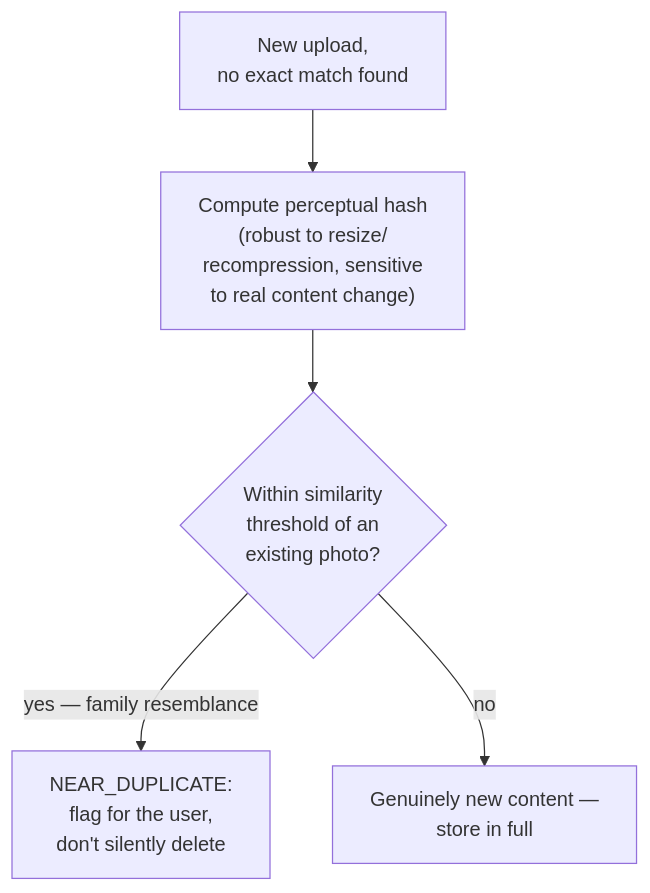
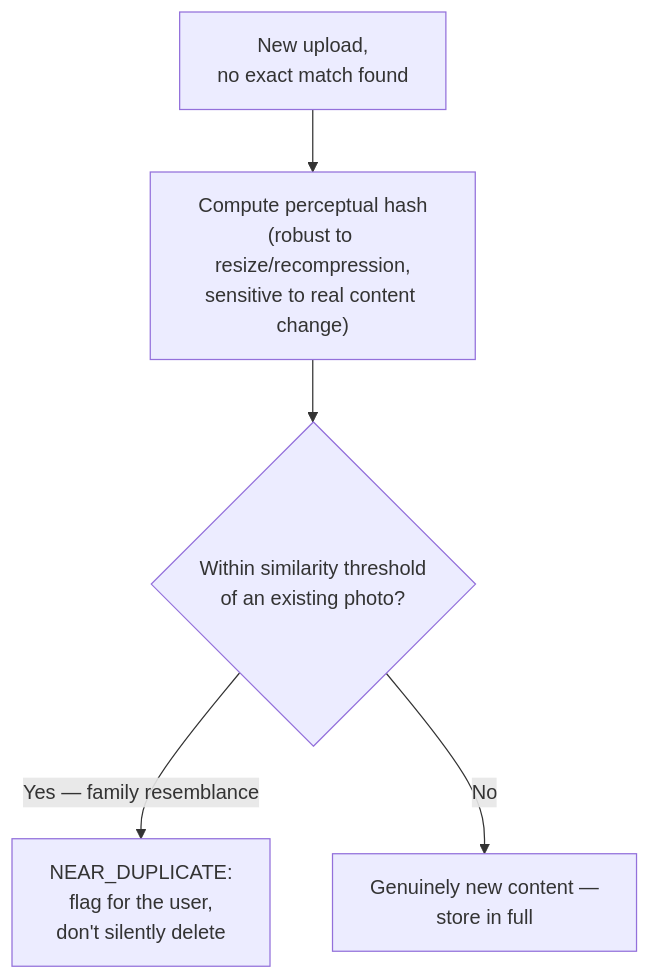
Before and after one commit to riyaz-pasha/Learnings: the fourth of 12 diagrams in system-design/HLD/0-course/58-Design-Google-Photos-FAANG-Guide-story.md, drawn with Mermaid. The commit also changed other lines of this file and 1 other file, not shown here.

Commit message:
[REWRITE] Google Photos story guide: simplify prose, add structure, fix diagrams

````diff
--- a/system-design/HLD/0-course/58-Design-Google-Photos-FAANG-Guide-story.md
+++ b/system-design/HLD/0-course/58-Design-Google-Photos-FAANG-Guide-story.md
@@ -193,7 +291,7 @@
 ```mermaid
 flowchart TD
-    A["New upload,\nno exact match found"] --> B["Compute perceptual hash\n(robust to resize/\nrecompression, sensitive\nto real content change)"]
-    B --> C{"Within similarity\nthreshold of an\nexisting photo?"}
-    C -->|"yes — family resemblance"| D["NEAR_DUPLICATE:\nflag for the user,\ndon't silently delete"]
-    C -->|"no"| E["Genuinely new content —\nstore in full"]
+    A["New upload,<br/>no exact match found"] --> B["Compute perceptual hash<br/>(robust to resize/recompression,<br/>sensitive to real content change)"]
+    B --> C{"Within similarity threshold<br/>of an existing photo?"}
+    C -->|"Yes — family resemblance"| D["NEAR_DUPLICATE:<br/>flag for the user,<br/>don't silently delete"]
+    C -->|"No"| E["Genuinely new content —<br/>store in full"]
 ```
````
